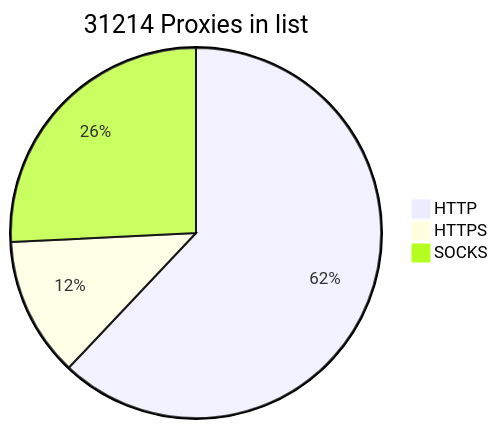
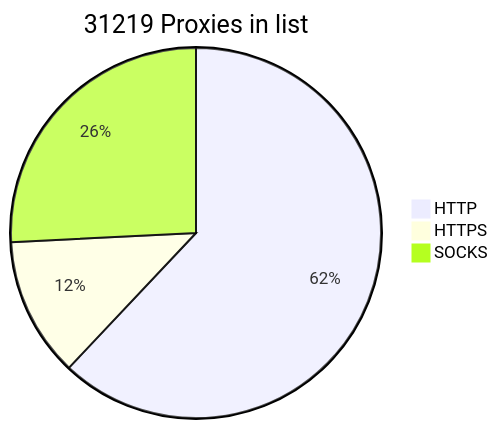
The diagram in README.md (BlackSnowDot/proxylist-update-every-minute), drawn with Mermaid before and after one commit.

````diff
--- a/README.md
+++ b/README.md
@@ -2,6 +2,6 @@
 ```mermaid
-pie title 31214 Proxies in list
-    "HTTP" : 21306
+pie title 31219 Proxies in list
+    "HTTP" : 21305
     "HTTPS": 4182
-    "SOCKS" : 8853
+    "SOCKS" : 8859
 ```
````
